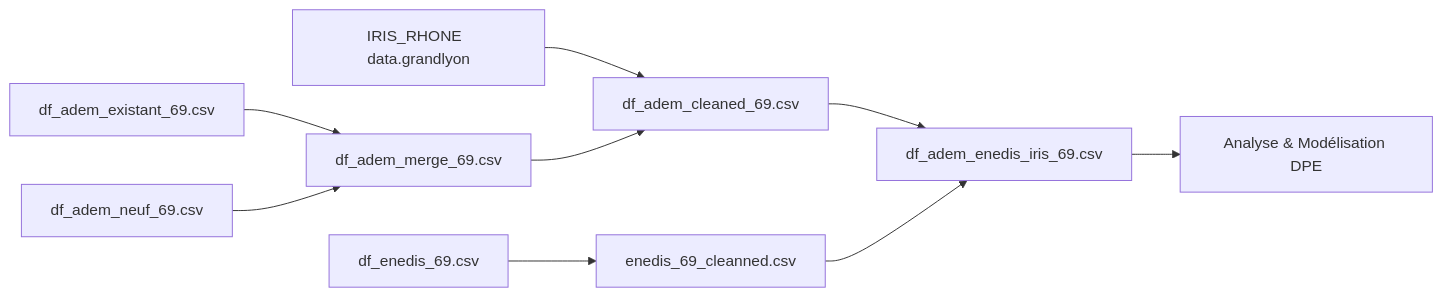
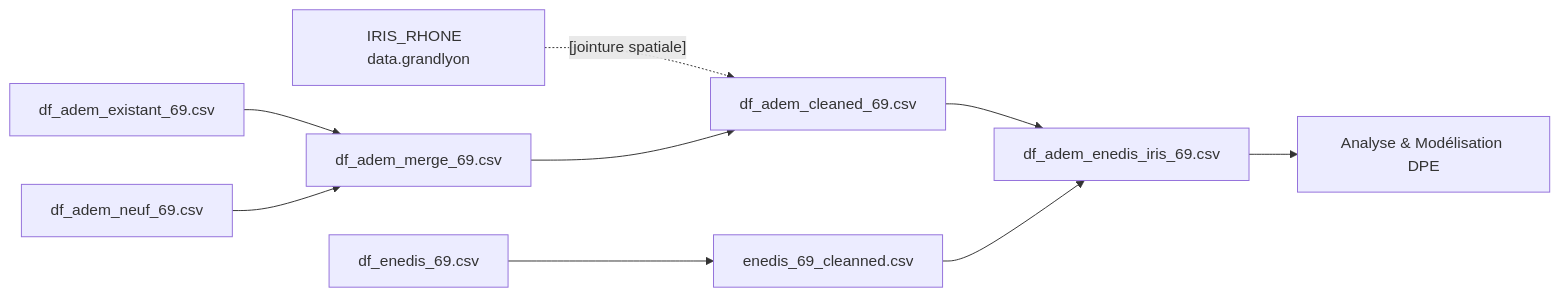
The diagram in data/README.md (riadshrn/m2_enedis_dpe_app), drawn with Mermaid before and after one commit.

Commit message:
README Data

````diff
--- a/data/README.md
+++ b/data/README.md
@@ -12,11 +12,11 @@
 ```mermaid
 graph LR
-P[IRIS_RHONE  data.grandlyon] --> C
+P[IRIS_RHONE  data.grandlyon] -. [jointure spatiale] .-> C
 B[df_adem_existant_69.csv] --> D[df_adem_merge_69.csv]
 F[df_adem_neuf_69.csv] --> D --> C[df_adem_cleaned_69.csv]
 C --> S[df_adem_enedis_iris_69.csv]
 S --> H[Analyse & Modélisation DPE]
 X[df_enedis_69.csv] --> Y[enedis_69_cleanned.csv]
 Y --> S
 
 ```
````
